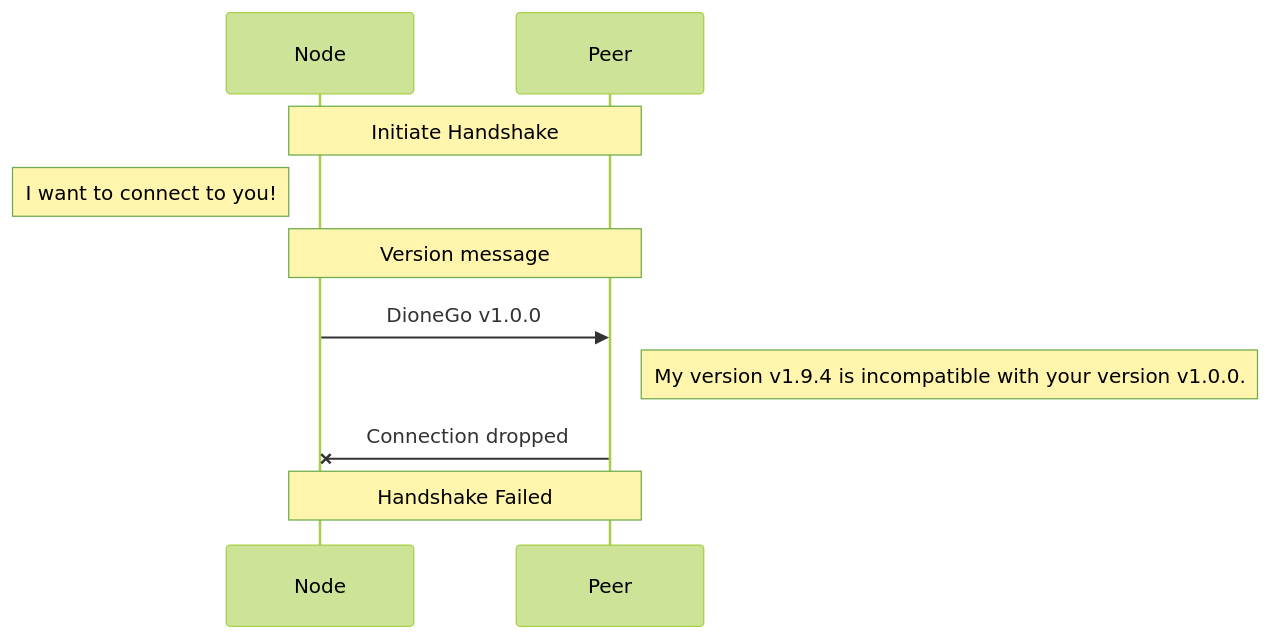
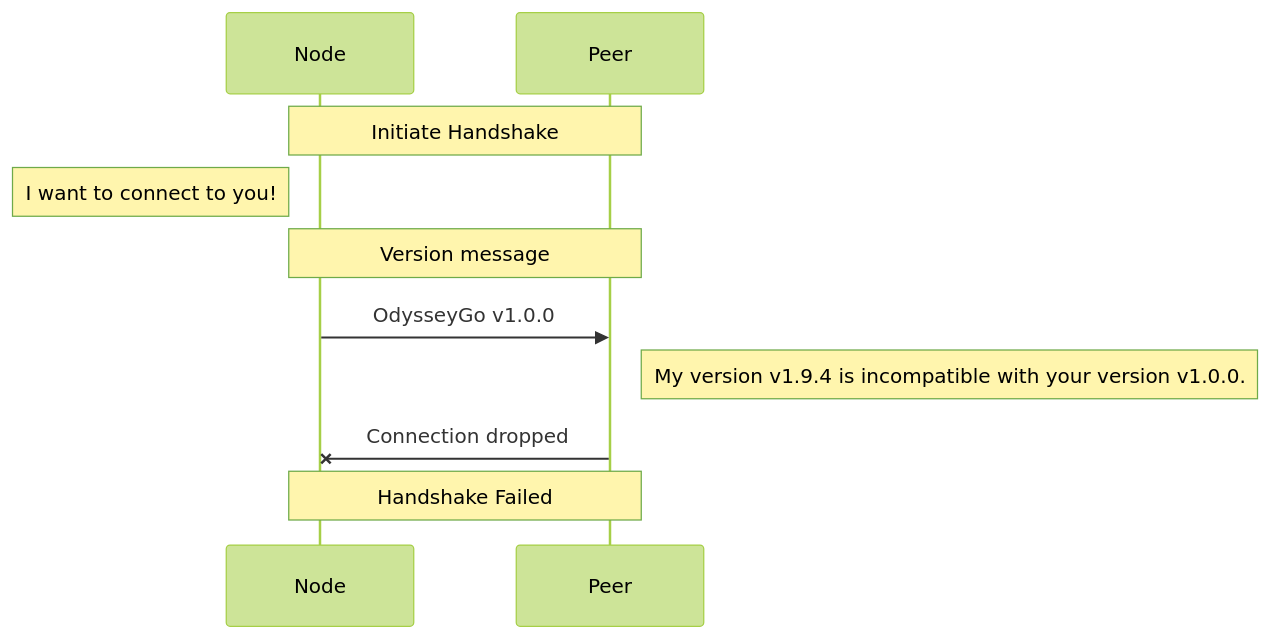
Before and after one commit to DioneProtocol/odysseygo: the second of 5 diagrams in network/README.md, drawn with Mermaid (forest theme). The commit also changed other lines of this file and 1492 other files, not shown here.

````diff
--- a/network/README.md
+++ b/network/README.md
@@ -59,10 +59,10 @@
 ```mermaid
 sequenceDiagram
 Note over Node,Peer: Initiate Handshake
 Note left of Node: I want to connect to you!
 Note over Node,Peer: Version message
-Node->>Peer: DioneGo v1.0.0
+Node->>Peer: OdysseyGo v1.0.0
 Note right of Peer: My version v1.9.4 is incompatible with your version v1.0.0.
 Peer-xNode: Connection dropped
 Note over Node,Peer: Handshake Failed
 ```
````
